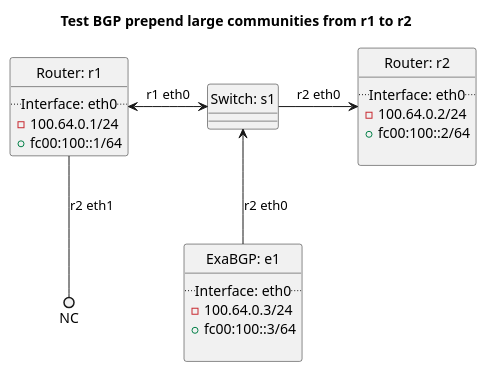
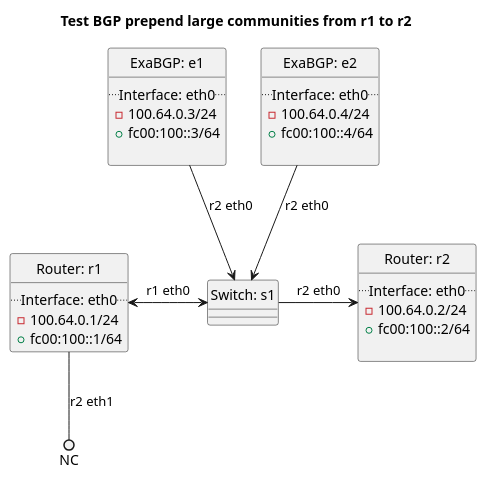
One commit to oscdev-io/birdplan changed the diagram in tests/t40_bgp/t80_prepending/README.md. Above: the diagram before and after it, drawn with PlantUML. The commit also changed other lines of this file and 273 other files, not shown here.

````diff
--- a/tests/t40_bgp/t80_prepending/README.md
+++ b/tests/t40_bgp/t80_prepending/README.md
@@ -44,39 +49,46 @@
 ```plantuml
 @startuml
 hide circle
 title Test BGP prepend large communities from r1 to r2
 
 
 class "Router: r1" {
   .. Interface: eth0 ..
 - 100.64.0.1/24
 + fc00:100::1/64
 }
 
 
 class "Router: r2" {
   .. Interface: eth0 ..
 - 100.64.0.2/24
 + fc00:100::2/64
 
 }
 
 class "ExaBGP: e1" {
   .. Interface: eth0 ..
 - 100.64.0.3/24
 + fc00:100::3/64
 
 }
 
+class "ExaBGP: e2" {
+  .. Interface: eth0 ..
+- 100.64.0.4/24
++ fc00:100::4/64
+
+}
 
 class "Switch: s1" {}
 
 
 "Router: r1" <-> "Switch: s1": r1 eth0
 "Switch: s1" -> "Router: r2": r2 eth0
-"Switch: s1" <-down- "ExaBGP: e1": r2 eth0
+"Switch: s1" <-up- "ExaBGP: e2": r2 eth0
+"Switch: s1" <-up- "ExaBGP: e1": r2 eth0
 "Router: r1" --() NC: r2 eth1
 
 
 @enduml
 ```
````
